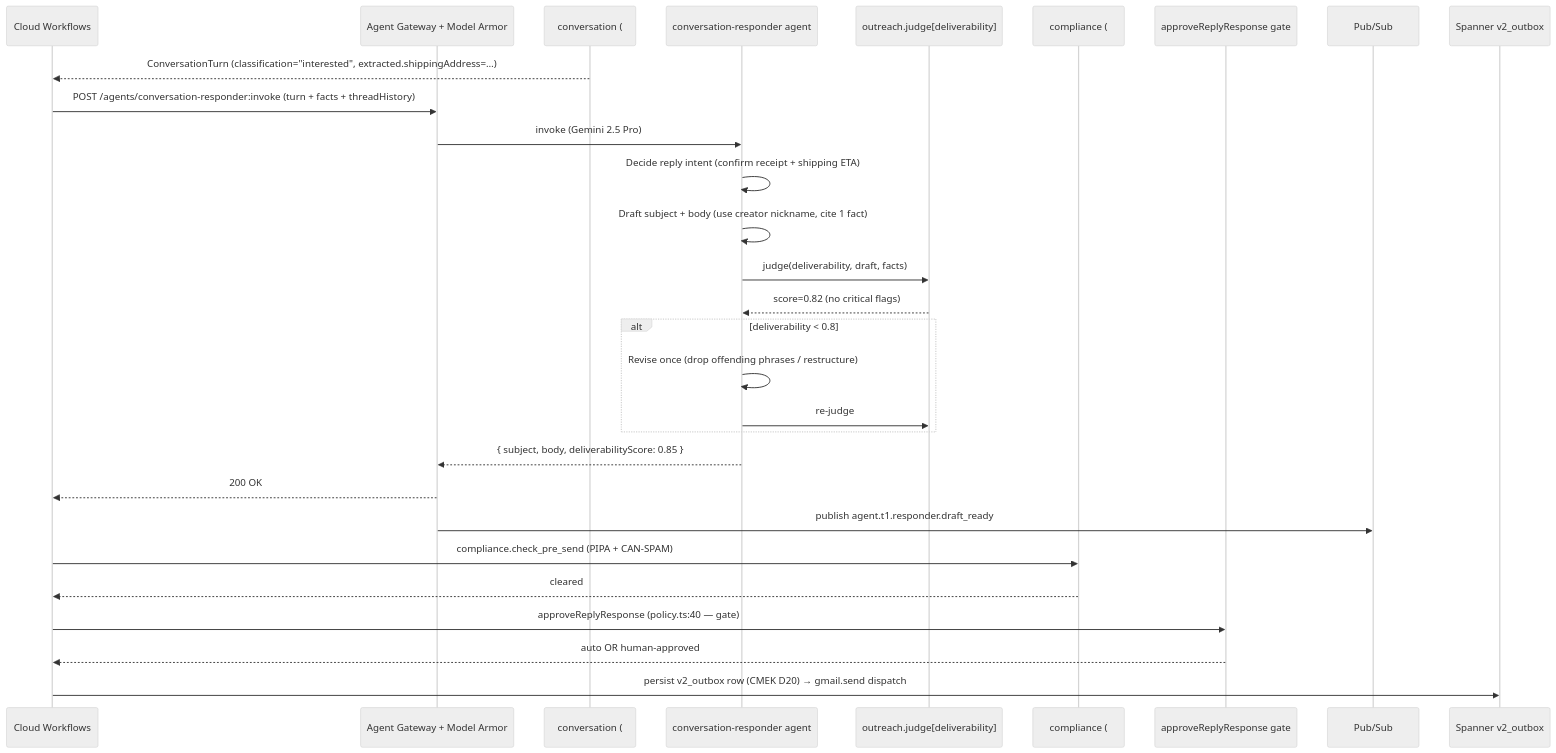
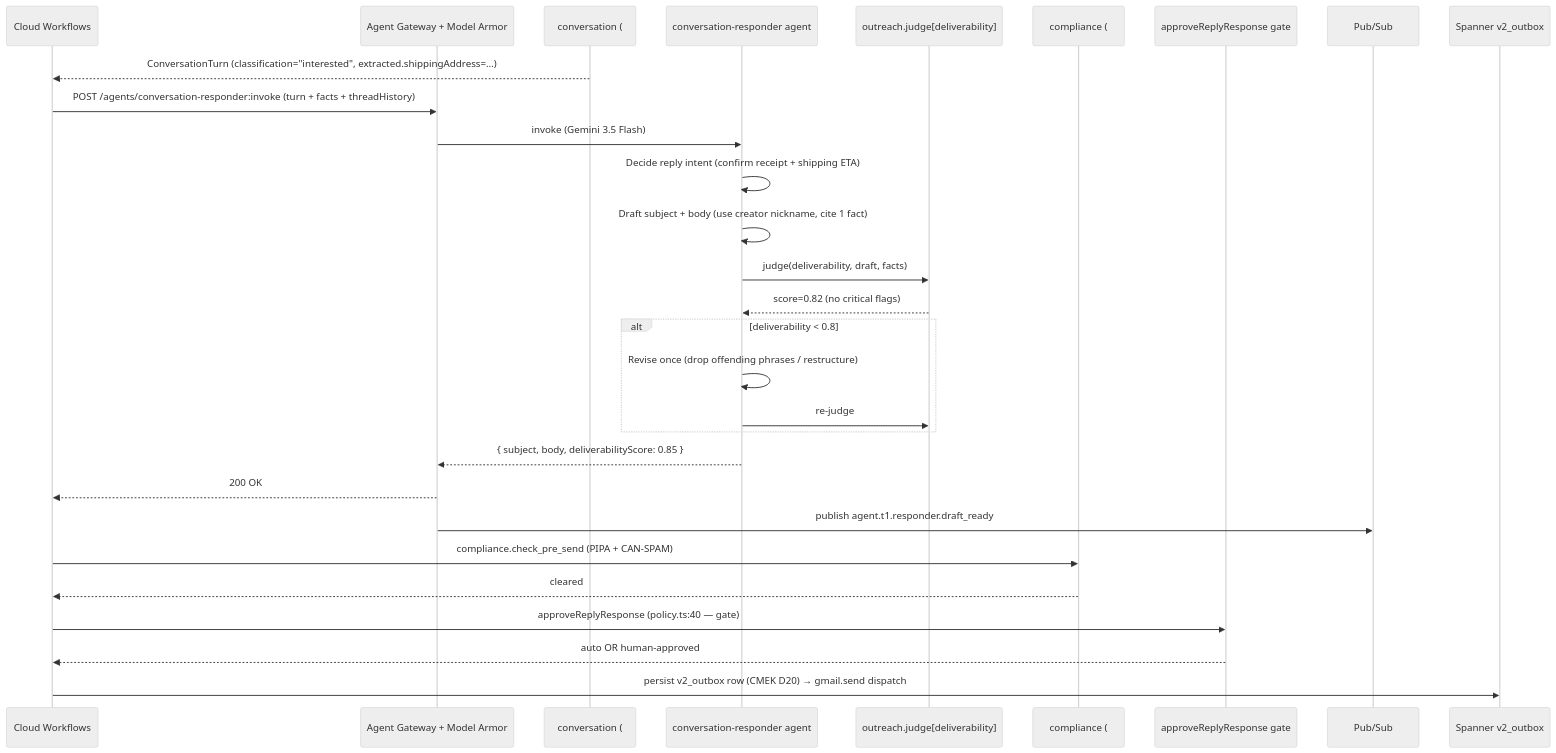
The diagram in gcp-research/specs/tier1/conversation_responder.spec.md (Two-Weeks-Team/social-seeding-v2-public), drawn with Mermaid (neutral theme) before and after one commit. The commit also changed other lines of this file and 30 other files, not shown here.

````diff
--- a/gcp-research/specs/tier1/conversation_responder.spec.md
+++ b/gcp-research/specs/tier1/conversation_responder.spec.md
@@ -131,32 +131,32 @@
 ```mermaid
 sequenceDiagram
   participant WF as Cloud Workflows
   participant AG as Agent Gateway + Model Armor
   participant CV as conversation (#4)
   participant CR as conversation-responder agent
   participant JU as outreach.judge[deliverability]
   participant CP as compliance (#13)
   participant GT as approveReplyResponse gate
   participant PS as Pub/Sub
   participant SP as Spanner v2_outbox
 
   CV-->>WF: ConversationTurn (classification="interested", extracted.shippingAddress=…)
   WF->>AG: POST /agents/conversation-responder:invoke (turn + facts + threadHistory)
-  AG->>CR: invoke (Gemini 2.5 Pro)
+  AG->>CR: invoke (Gemini 3.5 Flash)
   CR->>CR: Decide reply intent (confirm receipt + shipping ETA)
   CR->>CR: Draft subject + body (use creator nickname, cite 1 fact)
   CR->>JU: judge(deliverability, draft, facts)
   JU-->>CR: score=0.82 (no critical flags)
   alt deliverability < 0.8
     CR->>CR: Revise once (drop offending phrases / restructure)
     CR->>JU: re-judge
   end
   CR-->>AG: { subject, body, deliverabilityScore: 0.85 }
   AG-->>WF: 200 OK
   AG->>PS: publish agent.t1.responder.draft_ready
   WF->>CP: compliance.check_pre_send (PIPA + CAN-SPAM)
   CP-->>WF: cleared
   WF->>GT: approveReplyResponse (policy.ts:40 — gate)
   GT-->>WF: auto OR human-approved
   WF->>SP: persist v2_outbox row (CMEK D20) → gmail.send dispatch
 ```
````
